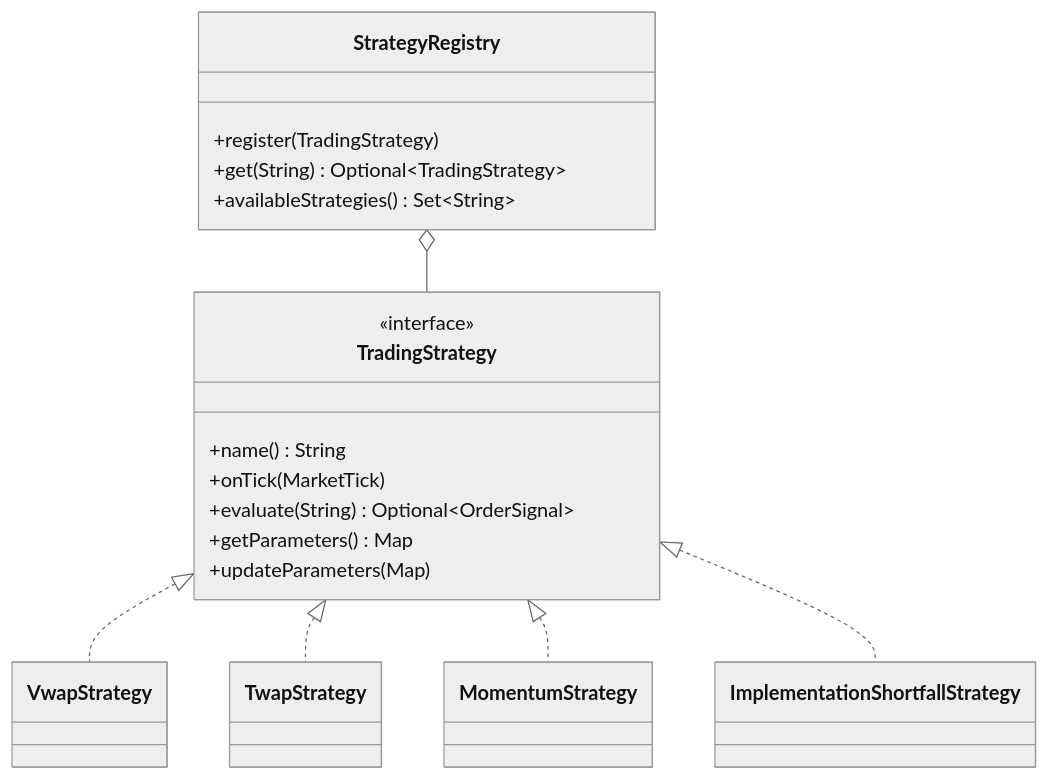
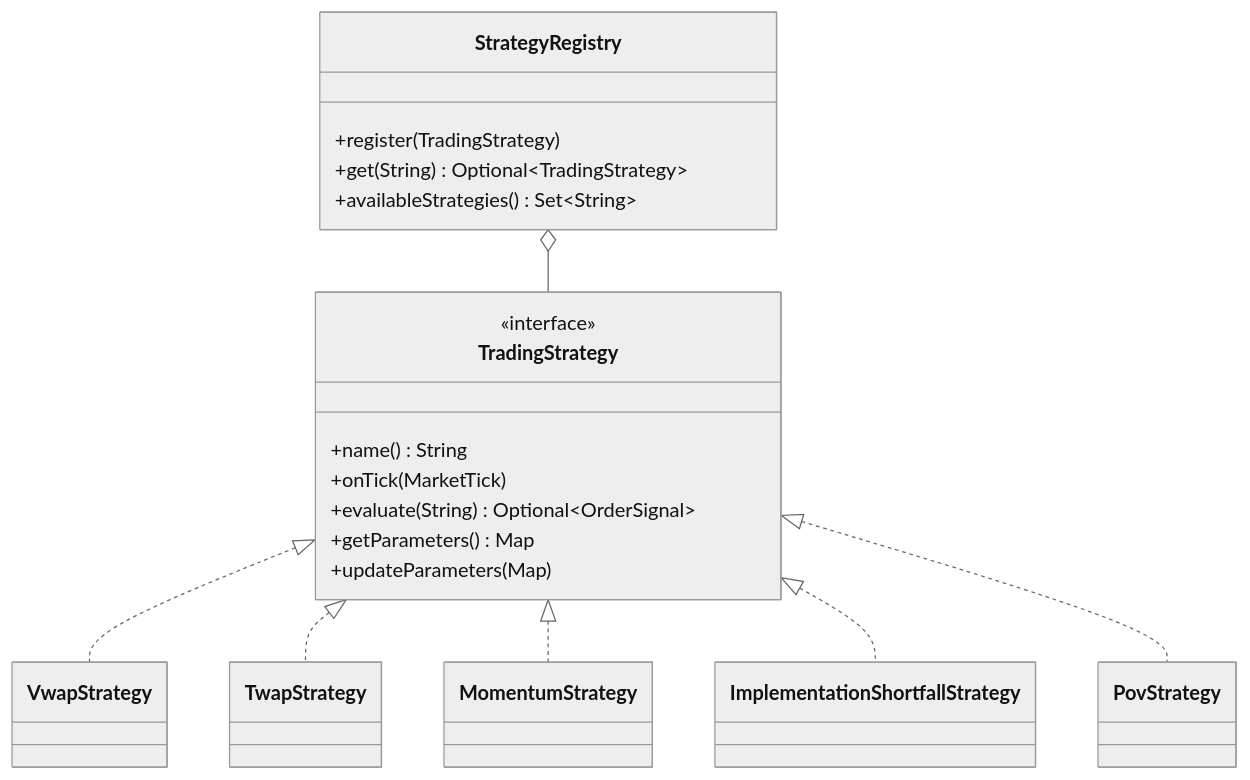
One commit to drag0sd0g/MariaAlpha changed the eighth of 18 diagrams in docs/technical-design-document.md. Above: the diagram before and after it, drawn with Mermaid (neutral theme). The commit also changed other lines of this file and 7 other files, not shown here.

````diff
--- a/docs/technical-design-document.md
+++ b/docs/technical-design-document.md
@@ -672,21 +674,22 @@
 ```mermaid
 classDiagram
     class TradingStrategy {
         <<interface>>
         +name() String
         +onTick(MarketTick)
         +evaluate(String) Optional~OrderSignal~
         +getParameters() Map
         +updateParameters(Map)
     }
     class StrategyRegistry {
         +register(TradingStrategy)
         +get(String) Optional~TradingStrategy~
         +availableStrategies() Set~String~
     }
     TradingStrategy <|.. VwapStrategy
     TradingStrategy <|.. TwapStrategy
     TradingStrategy <|.. MomentumStrategy
     TradingStrategy <|.. ImplementationShortfallStrategy
+    TradingStrategy <|.. PovStrategy
     StrategyRegistry o-- TradingStrategy
 ```
````
